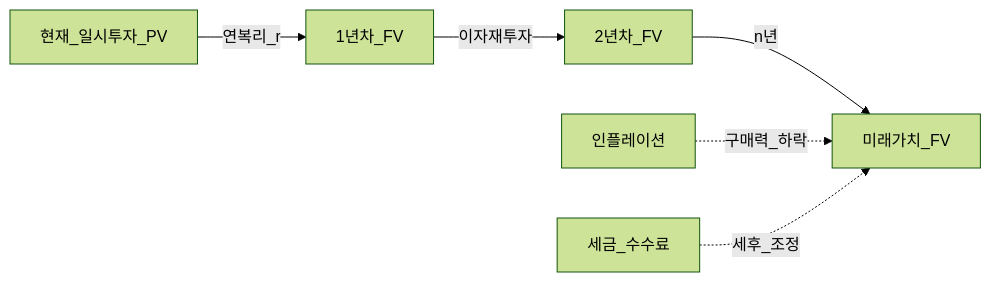
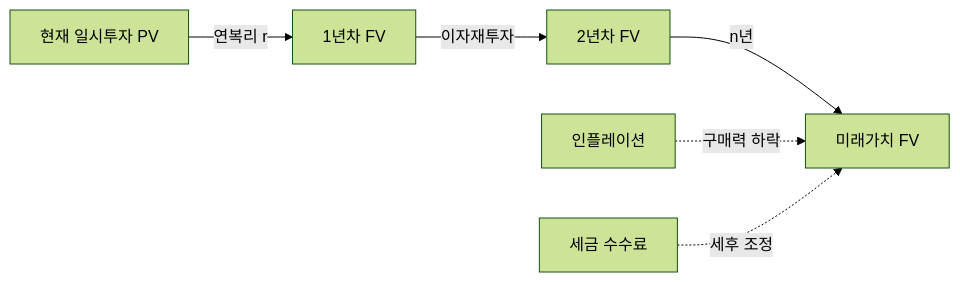
One commit to goldanghenry/Finances changed the first of 2 diagrams in 01-foundations/compound-interest-and-time-value.md. Above: the diagram before and after it, drawn with Mermaid (forest theme). The commit also changed other lines of this file and 211 other files, not shown here.

````diff
--- a/01-foundations/compound-interest-and-time-value.md
+++ b/01-foundations/compound-interest-and-time-value.md
@@ -106,8 +114,8 @@
 ```mermaid
 flowchart LR
-  PV[현재_일시투자_PV] -->|연복리_r| Y1[1년차_FV]
-  Y1 -->|이자재투자| Y2[2년차_FV]
-  Y2 -->|n년| FVn[미래가치_FV]
-  Inf[인플레이션] -.->|구매력_하락| FVn
-  Tax[세금_수수료] -.->|세후_조정| FVn
+  PV["현재 일시투자 PV"] -->|"연복리 r"| Y1["1년차 FV"]
+  Y1 -->|이자재투자| Y2["2년차 FV"]
+  Y2 -->|n년| FVn["미래가치 FV"]
+  Inf[인플레이션] -.->|"구매력 하락"| FVn
+  Tax["세금 수수료"] -.->|"세후 조정"| FVn
 ```
````
